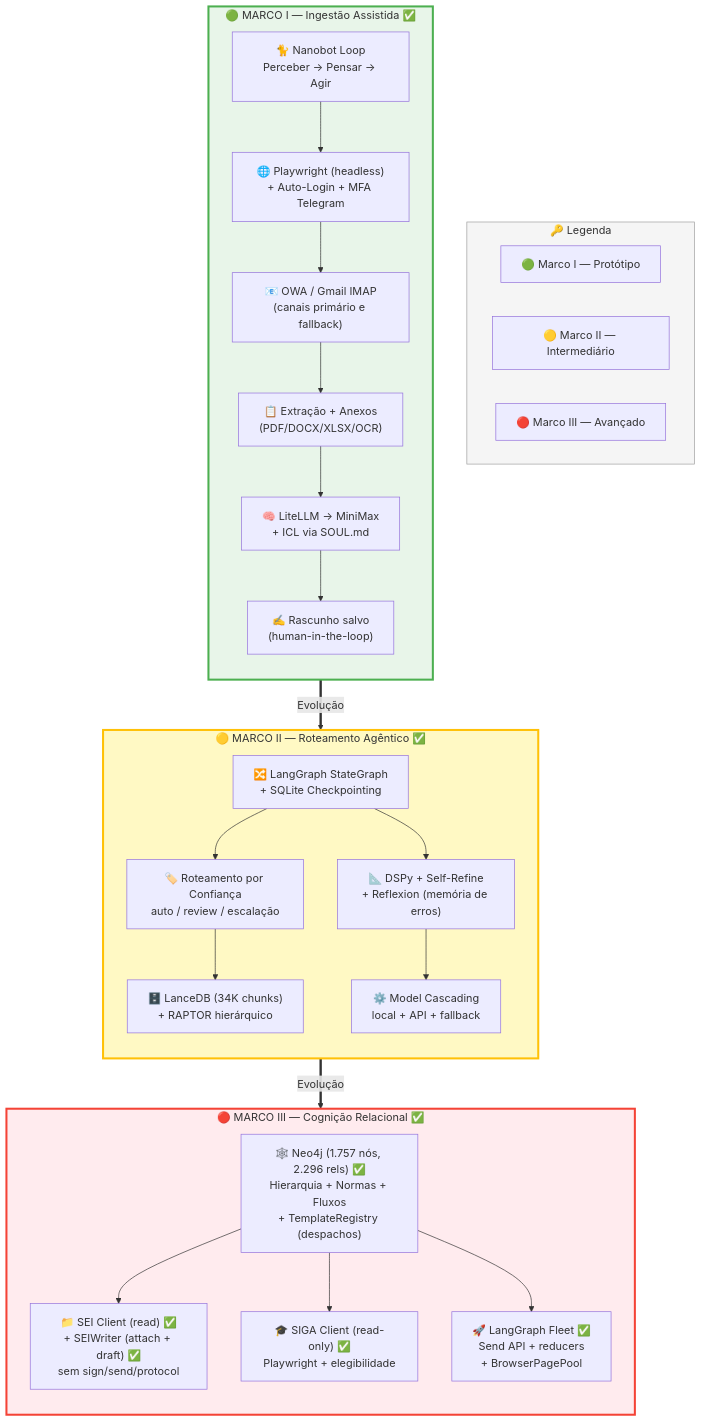
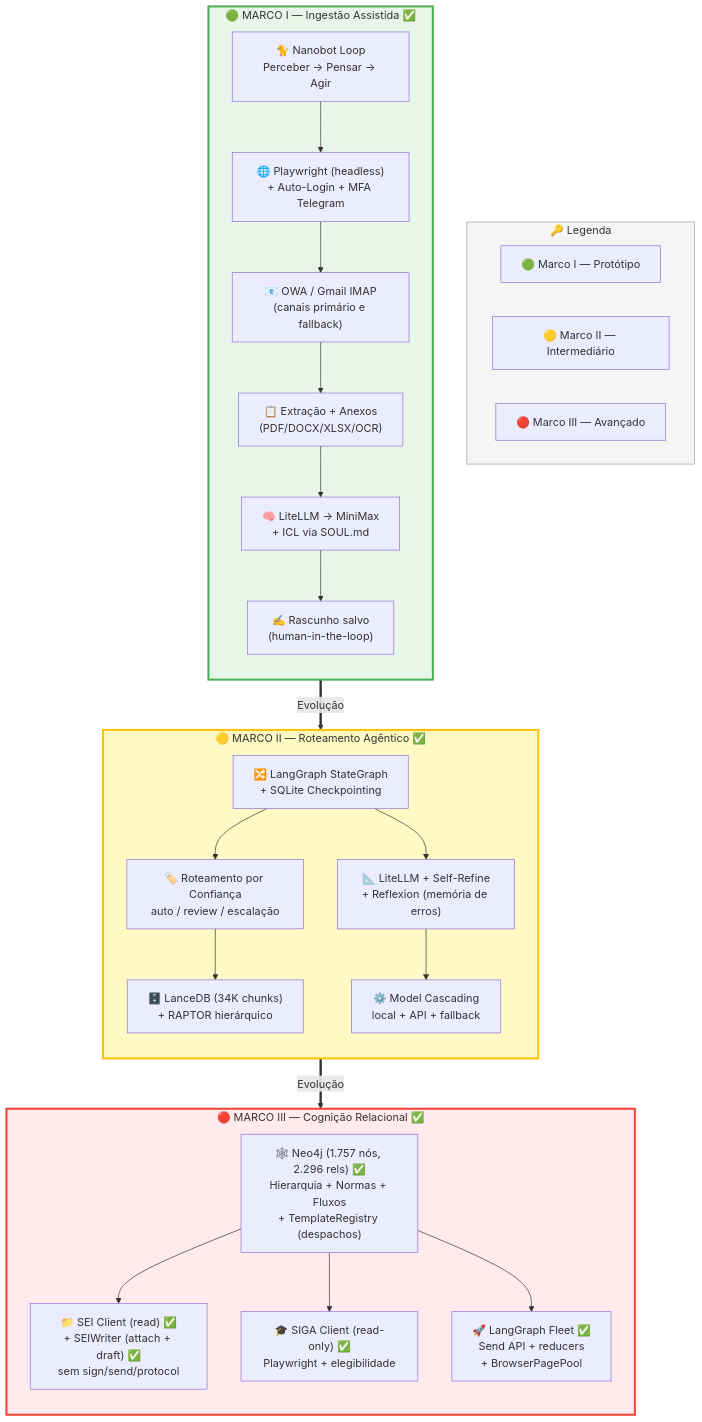
Before and after one commit to lucasmsorrentino/automation_nanobot: the first of 3 diagrams in ufpr_automation/ARCHITECTURE.md, drawn with Mermaid. The commit also changed other lines of this file and 9 other files, not shown here.

````diff
--- a/ufpr_automation/ARCHITECTURE.md
+++ b/ufpr_automation/ARCHITECTURE.md
@@ -8,53 +8,53 @@
 ```mermaid
 graph TB
     subgraph LEGEND["🔑 Legenda"]
         direction LR
         L1["🟢 Marco I — Protótipo"]
         L2["🟡 Marco II — Intermediário"]
         L3["🔴 Marco III — Avançado"]
     end
 
     subgraph PHASE1["🟢 MARCO I — Ingestão Assistida ✅"]
         direction TB
         NANOBOT["🐈 Nanobot Loop<br/>Perceber → Pensar → Agir"]
         BROWSER1["🌐 Playwright (headless)<br/>+ Auto-Login + MFA Telegram"]
         OWA1["📧 OWA / Gmail IMAP<br/>(canais primário e fallback)"]
         EXTRACT1["📋 Extração + Anexos<br/>(PDF/DOCX/XLSX/OCR)"]
         LLM1["🧠 LiteLLM → MiniMax<br/>+ ICL via SOUL.md"]
         DRAFT1["✍️ Rascunho salvo<br/>(human-in-the-loop)"]
 
         NANOBOT --> BROWSER1 --> OWA1 --> EXTRACT1 --> LLM1 --> DRAFT1
     end
 
     subgraph PHASE2["🟡 MARCO II — Roteamento Agêntico ✅"]
         direction TB
         LANGGRAPH2["🔀 LangGraph StateGraph<br/>+ SQLite Checkpointing"]
         VECTORDB["🗄️ LanceDB (34K chunks)<br/>+ RAPTOR hierárquico"]
-        DSPY["📐 DSPy + Self-Refine<br/>+ Reflexion (memória de erros)"]
+        SELFREFINE["📐 LiteLLM + Self-Refine<br/>+ Reflexion (memória de erros)"]
         ROUTER["🏷️ Roteamento por Confiança<br/>auto / review / escalação"]
         CASCADE["⚙️ Model Cascading<br/>local + API + fallback"]
 
         LANGGRAPH2 --> ROUTER --> VECTORDB
-        LANGGRAPH2 --> DSPY --> CASCADE
+        LANGGRAPH2 --> SELFREFINE --> CASCADE
     end
 
     subgraph PHASE3["🔴 MARCO III — Cognição Relacional ✅"]
         direction TB
         NEO4J["🕸️ Neo4j (1.757 nós, 2.296 rels) ✅<br/>Hierarquia + Normas + Fluxos<br/>+ TemplateRegistry (despachos)"]
         SEI_M["📁 SEI Client (read) ✅<br/>+ SEIWriter (attach + draft) ✅<br/>sem sign/send/protocol"]
         SIGA_M["🎓 SIGA Client (read-only) ✅<br/>Playwright + elegibilidade"]
         FLEET["🚀 LangGraph Fleet ✅<br/>Send API + reducers<br/>+ BrowserPagePool"]
 
         NEO4J --> SEI_M
         NEO4J --> SIGA_M
         NEO4J --> FLEET
     end
 
     PHASE1 ==>|"Evolução"| PHASE2
     PHASE2 ==>|"Evolução"| PHASE3
 
     style PHASE1 fill:#e8f5e9,stroke:#4caf50,stroke-width:3px
     style PHASE2 fill:#fff9c4,stroke:#ffc107,stroke-width:3px
     style PHASE3 fill:#ffebee,stroke:#f44336,stroke-width:3px
     style LEGEND fill:#f5f5f5,stroke:#9e9e9e,stroke-width:1px
 ```
````
